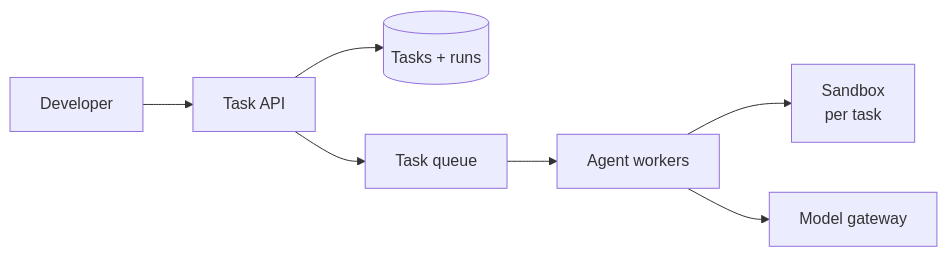
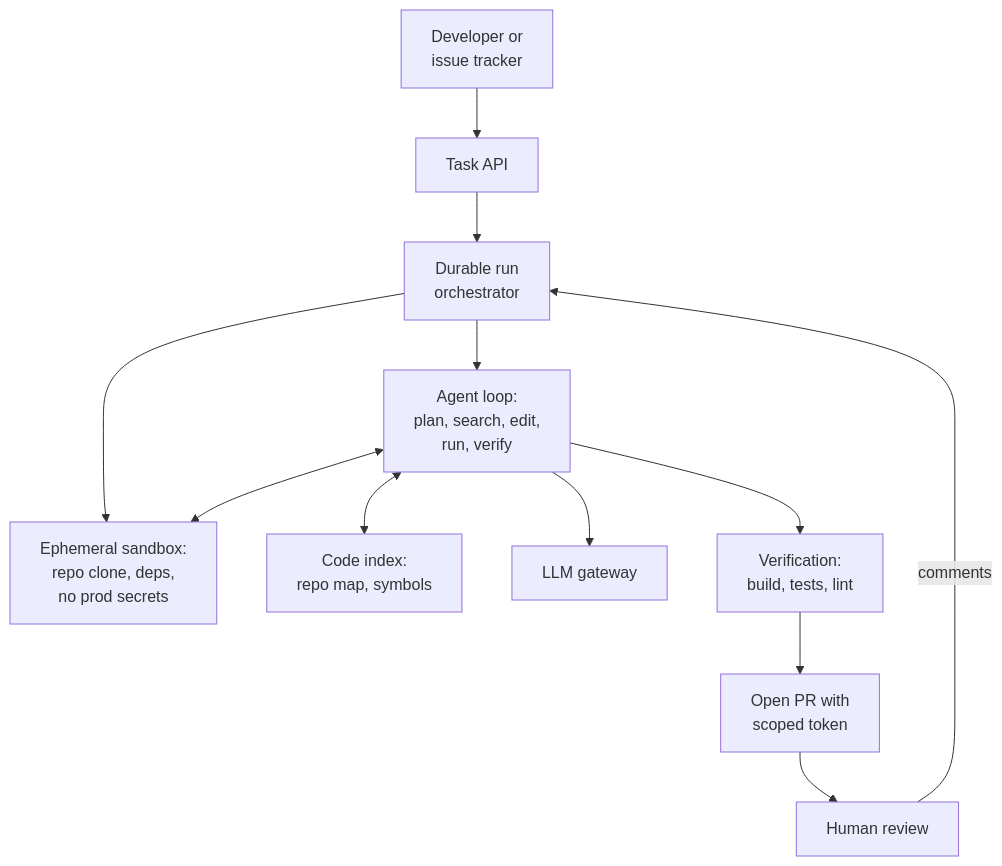
The first of 2 diagrams in src/Data/aiStackDocs/DP-04.md (shubamchaudhary/CodeNITW), drawn with Mermaid before and after one commit. The commit also changed other lines of this file and 52 other files, not shown here.

````diff
--- a/src/Data/aiStackDocs/DP-04.md
+++ b/src/Data/aiStackDocs/DP-04.md
@@ -59,9 +39,14 @@
 ```mermaid
-flowchart LR
-    U["Developer"] --> API["Task API"]
-    API --> DB[("Tasks + runs")]
-    API --> Q["Task queue"]
-    Q --> W["Agent workers"]
-    W --> SB["Sandbox<br/>per task"]
-    W --> MG["Model gateway"]
+flowchart TD
+    DV["Developer or<br/>issue tracker"] --> API["Task API"]
+    API --> WF["Durable run<br/>orchestrator"]
+    WF --> SB["Ephemeral sandbox:<br/>repo clone, deps,<br/>no prod secrets"]
+    WF --> AG["Agent loop:<br/>plan, search, edit,<br/>run, verify"]
+    AG <--> SB
+    AG <--> CI["Code index:<br/>repo map, symbols"]
+    AG --> LG["LLM gateway"]
+    AG --> VR["Verification:<br/>build, tests, lint"]
+    VR --> PR["Open PR with<br/>scoped token"]
+    PR --> RV["Human review"]
+    RV -->|"comments"| WF
 ```
````
